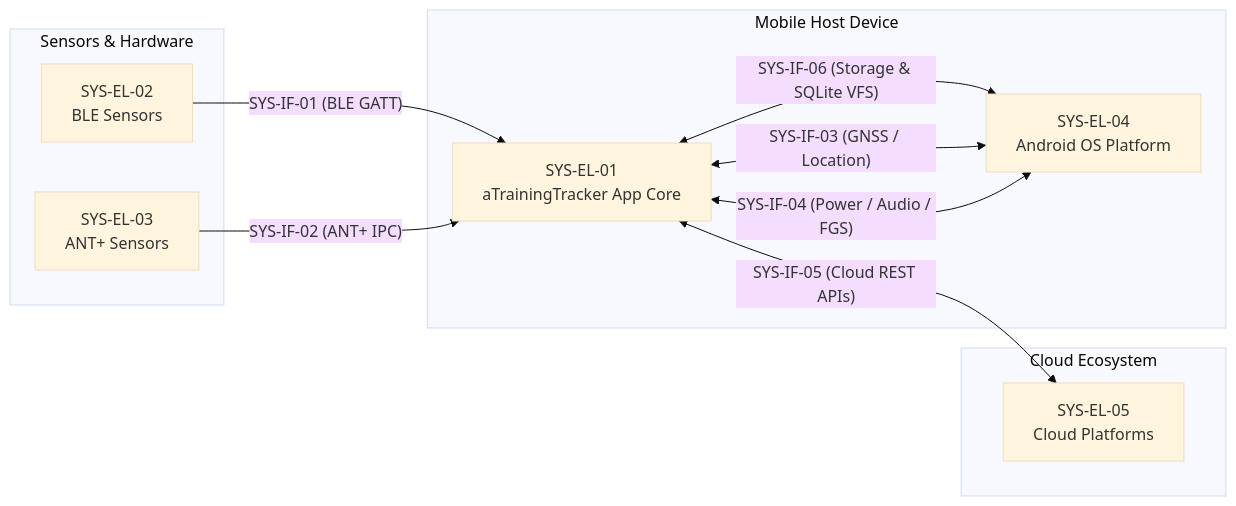
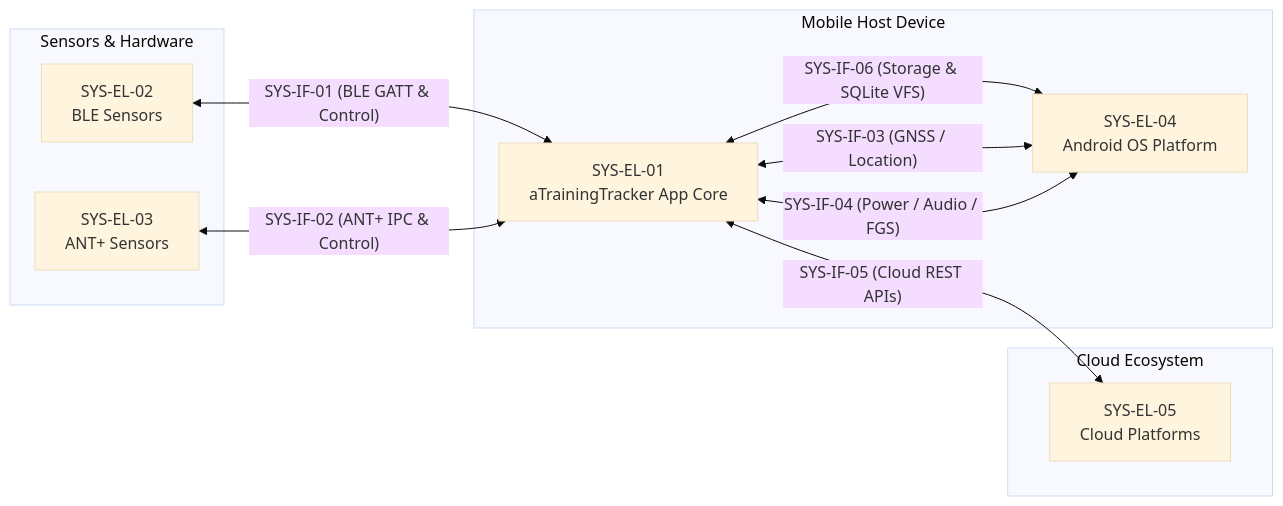
One commit to rainerblind/aTrainingTracker changed the first of 3 diagrams in docs/system/system_architecture.md. Above: the diagram before and after it, drawn with Mermaid (base theme). The commit also changed other lines of this file and 33 other files, not shown here.

Commit message:
feat(ATT-8201): specify 21 SYSREQ capabilities, synchronize SYS.3 architecture, and remove GRANDFATHERED_SYSREQS (REQ-PRO-131)

````diff
--- a/docs/system/system_architecture.md
+++ b/docs/system/system_architecture.md
@@ -43,23 +43,23 @@
 ```mermaid
 graph LR
     subgraph Sensors ["Sensors & Hardware"]
         SYS_EL_02["SYS-EL-02<br/>BLE Sensors"]
         SYS_EL_03["SYS-EL-03<br/>ANT+ Sensors"]
     end
 
     subgraph Host ["Mobile Host Device"]
         SYS_EL_01["SYS-EL-01<br/>aTrainingTracker App Core"]
         SYS_EL_04["SYS-EL-04<br/>Android OS Platform"]
     end
 
     subgraph Cloud ["Cloud Ecosystem"]
         SYS_EL_05["SYS-EL-05<br/>Cloud Platforms"]
     end
 
-    SYS_EL_02 -->|"SYS-IF-01 (BLE GATT)"| SYS_EL_01
-    SYS_EL_03 -->|"SYS-IF-02 (ANT+ IPC)"| SYS_EL_01
+    SYS_EL_02 <-->|"SYS-IF-01 (BLE GATT & Control)"| SYS_EL_01
+    SYS_EL_03 <-->|"SYS-IF-02 (ANT+ IPC & Control)"| SYS_EL_01
     SYS_EL_04 <-->|"SYS-IF-03 (GNSS / Location)"| SYS_EL_01
     SYS_EL_04 <-->|"SYS-IF-04 (Power / Audio / FGS)"| SYS_EL_01
     SYS_EL_01 <-->|"SYS-IF-05 (Cloud REST APIs)"| SYS_EL_05
     SYS_EL_01 <-->|"SYS-IF-06 (Storage & SQLite VFS)"| SYS_EL_04
 ```
````
